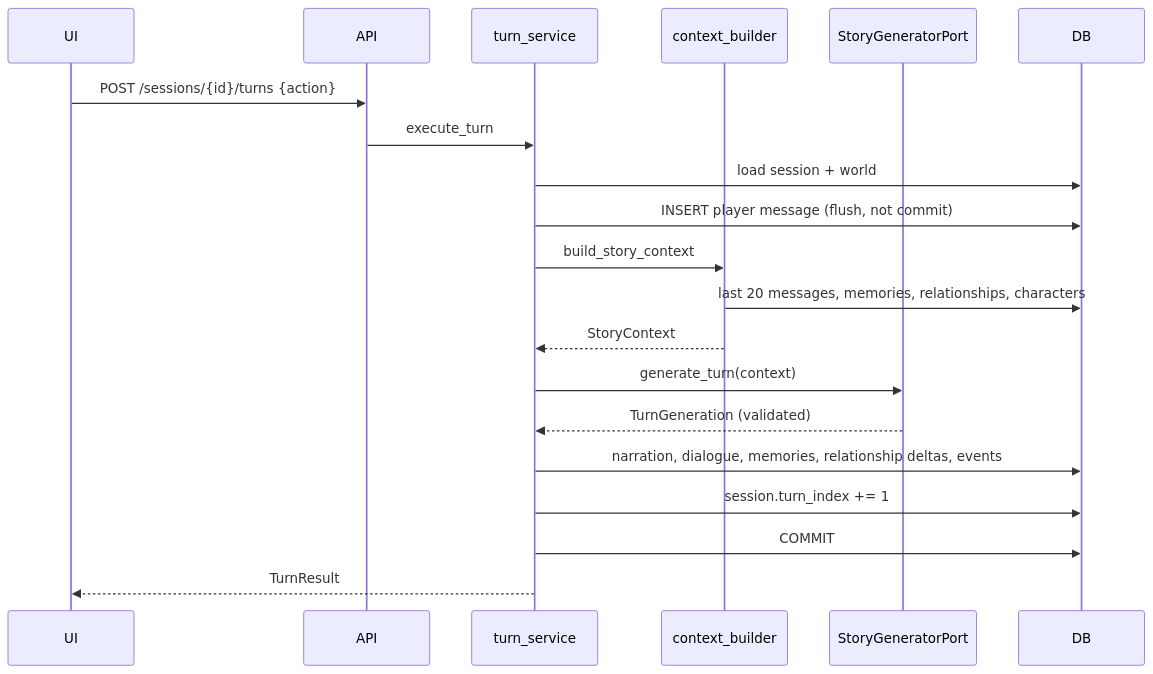
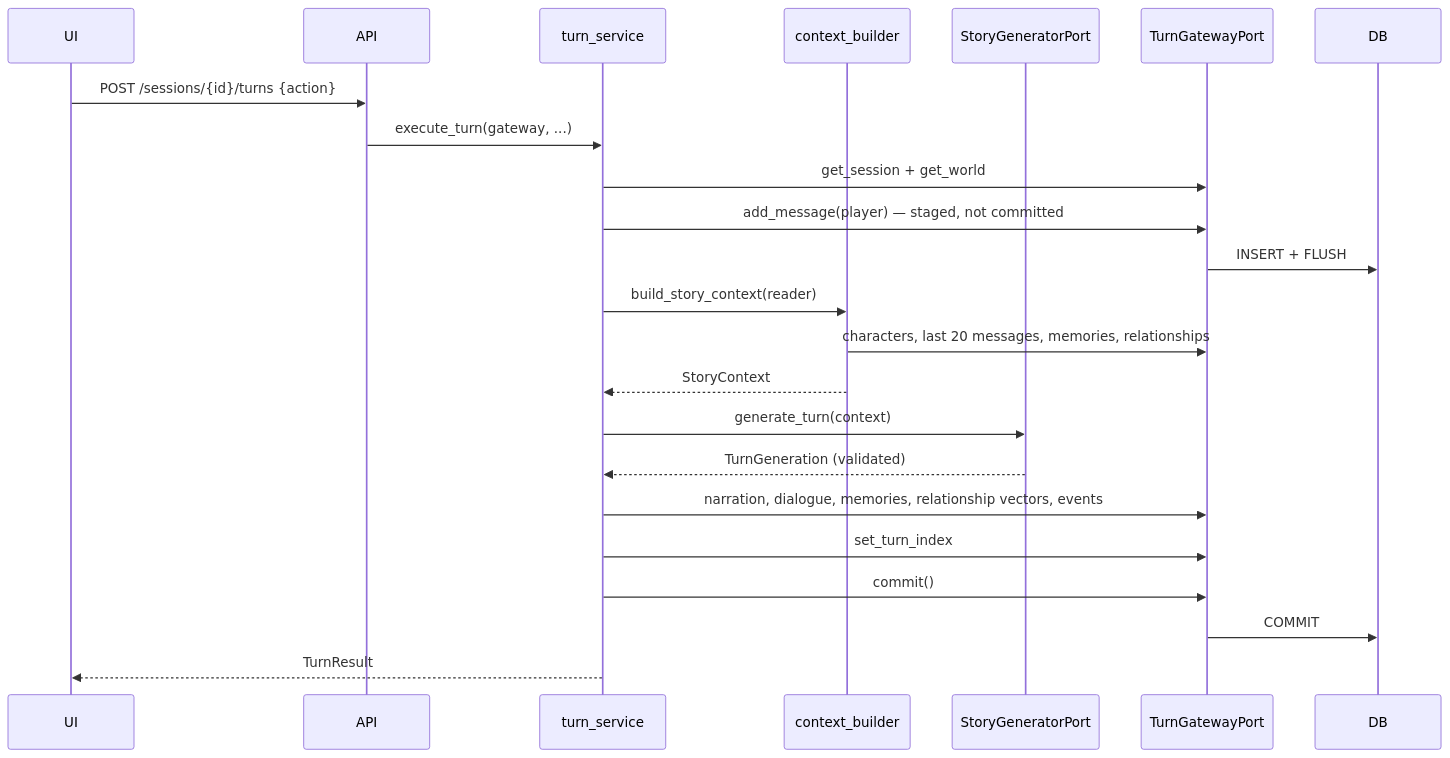
Before and after one commit to jorgecastrillonar21/llm-text-test: the second of 2 diagrams in docs/architecture.md, drawn with Mermaid. The commit also changed other lines of this file and 15 other files, not shown here.

````diff
--- a/docs/architecture.md
+++ b/docs/architecture.md
@@ -61,23 +80,26 @@
 ```mermaid
 sequenceDiagram
     participant UI
     participant API
     participant Turn as turn_service
     participant Ctx as context_builder
     participant Gen as StoryGeneratorPort
+    participant GW as TurnGatewayPort
     participant DB
 
     UI->>API: POST /sessions/{id}/turns {action}
-    API->>Turn: execute_turn
-    Turn->>DB: load session + world
-    Turn->>DB: INSERT player message (flush, not commit)
-    Turn->>Ctx: build_story_context
-    Ctx->>DB: last 20 messages, memories, relationships, characters
+    API->>Turn: execute_turn(gateway, ...)
+    Turn->>GW: get_session + get_world
+    Turn->>GW: add_message(player) — staged, not committed
+    GW->>DB: INSERT + FLUSH
+    Turn->>Ctx: build_story_context(reader)
+    Ctx->>GW: characters, last 20 messages, memories, relationships
     Ctx-->>Turn: StoryContext
     Turn->>Gen: generate_turn(context)
     Gen-->>Turn: TurnGeneration (validated)
-    Turn->>DB: narration, dialogue, memories, relationship deltas, events
-    Turn->>DB: session.turn_index += 1
-    Turn->>DB: COMMIT
+    Turn->>GW: narration, dialogue, memories, relationship vectors, events
+    Turn->>GW: set_turn_index
+    Turn->>GW: commit()
+    GW->>DB: COMMIT
     Turn-->>UI: TurnResult
 ```
````
